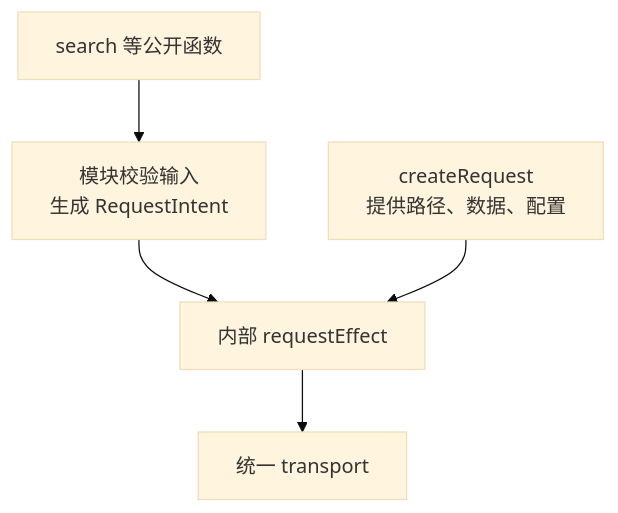
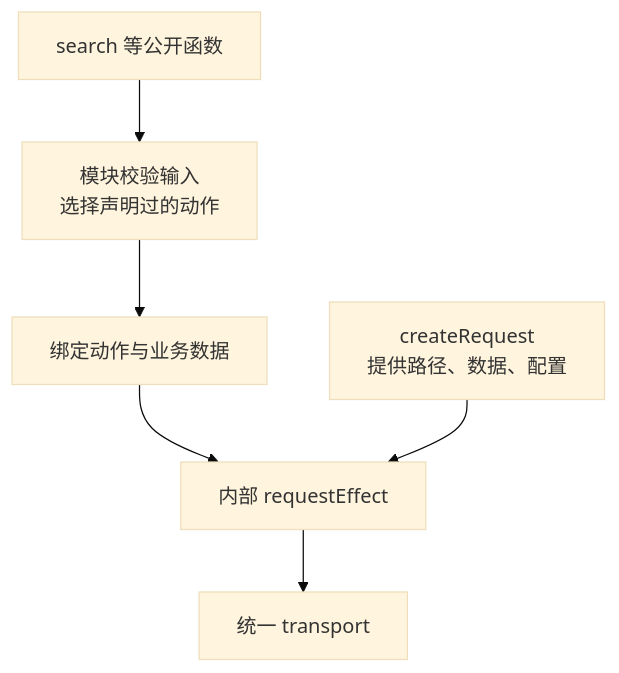
The diagram in website/guide/create-request-and-create-option.md (nonhana/hana-music-api), drawn with Mermaid (base theme) before and after one commit. The commit also changed other lines of this file and 604 other files, not shown here.

````diff
--- a/website/guide/create-request-and-create-option.md
+++ b/website/guide/create-request-and-create-option.md
@@ -31,7 +31,8 @@
 ```mermaid
 flowchart TD
-  SDK["search 等公开函数"] --> MODULE["模块校验输入<br/>生成 RequestIntent"]
-  MODULE --> CORE["内部 requestEffect"]
+  SDK["search 等公开函数"] --> MODULE["模块校验输入<br/>选择声明过的动作"]
+  MODULE --> BIND["绑定动作与业务数据"]
+  BIND --> CORE["内部 requestEffect"]
   DIRECT["createRequest<br/>提供路径、数据、配置"] --> CORE
   CORE --> TRANSPORT["统一 transport"]
 ```
````
